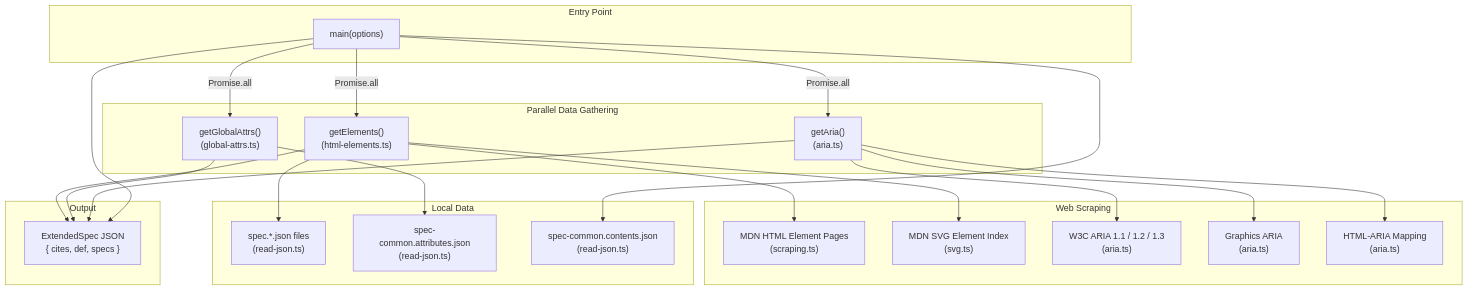
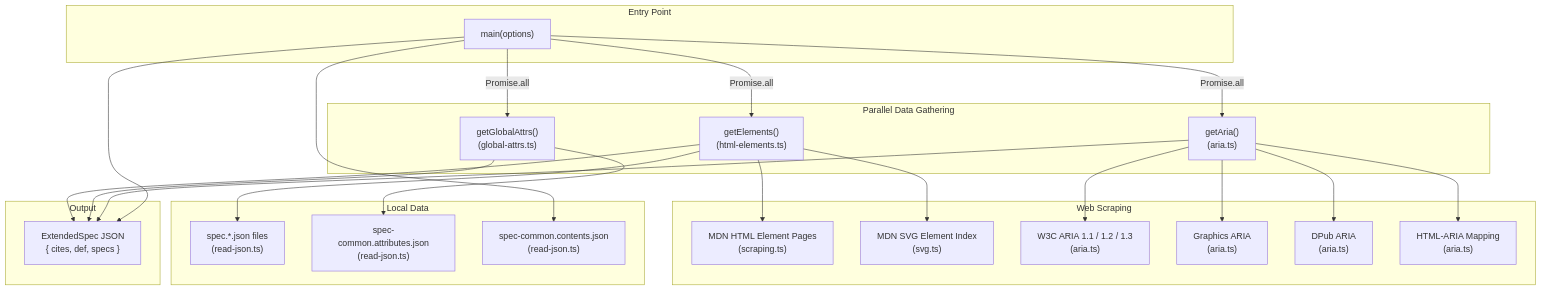
One commit to markuplint/markuplint changed the first of 2 diagrams in packages/@markuplint/spec-generator/ARCHITECTURE.md. Above: the diagram before and after it, drawn with Mermaid. The commit also changed other lines of this file and 7 other files, not shown here.

Commit message:
docs(spec-generator): add DPub ARIA scraping to documentation

````diff
--- a/packages/@markuplint/spec-generator/ARCHITECTURE.md
+++ b/packages/@markuplint/spec-generator/ARCHITECTURE.md
@@ -28,48 +28,50 @@
 ```mermaid
 flowchart TD
     subgraph entry ["Entry Point"]
         main["main(options)"]
     end
 
     subgraph parallel ["Parallel Data Gathering"]
         getElements["getElements()\n(html-elements.ts)"]
         getGlobalAttrs["getGlobalAttrs()\n(global-attrs.ts)"]
         getAria["getAria()\n(aria.ts)"]
     end
 
     subgraph scraping ["Web Scraping"]
         mdnHTML["MDN HTML Element Pages\n(scraping.ts)"]
         mdnSVG["MDN SVG Element Index\n(svg.ts)"]
         ariaSpecs["W3C ARIA 1.1 / 1.2 / 1.3\n(aria.ts)"]
         graphicsAria["Graphics ARIA\n(aria.ts)"]
+        dpubAria["DPub ARIA\n(aria.ts)"]
         htmlAria["HTML-ARIA Mapping\n(aria.ts)"]
     end
 
     subgraph local ["Local Data"]
         specFiles["spec.*.json files\n(read-json.ts)"]
         commonAttrs["spec-common.attributes.json\n(read-json.ts)"]
         commonContents["spec-common.contents.json\n(read-json.ts)"]
     end
 
     subgraph output ["Output"]
         extendedSpec["ExtendedSpec JSON\n{ cites, def, specs }"]
     end
 
     main --> |"Promise.all"| getElements
     main --> |"Promise.all"| getGlobalAttrs
     main --> |"Promise.all"| getAria
 
     getElements --> specFiles
     getElements --> mdnHTML
     getElements --> mdnSVG
     getGlobalAttrs --> commonAttrs
     getAria --> ariaSpecs
     getAria --> graphicsAria
+    getAria --> dpubAria
     getAria --> htmlAria
 
     getElements --> extendedSpec
     getGlobalAttrs --> extendedSpec
     getAria --> extendedSpec
     main --> commonContents
     main --> extendedSpec
 ```
````
